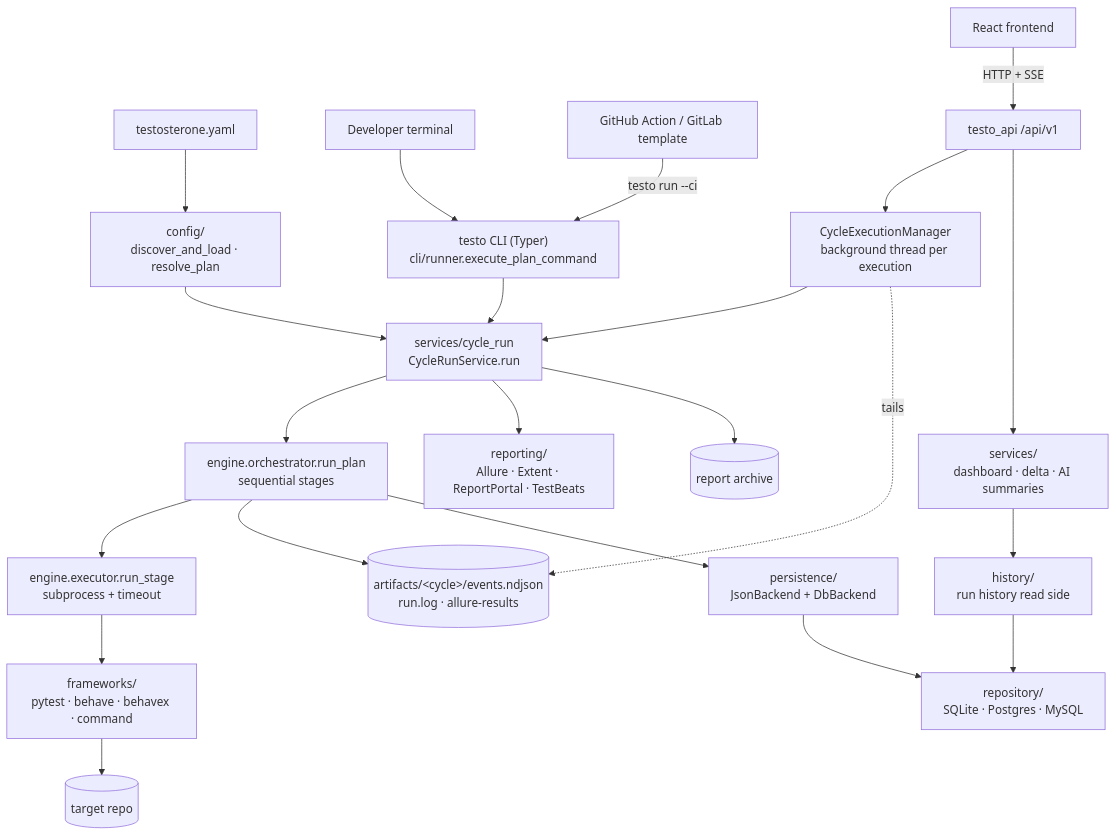
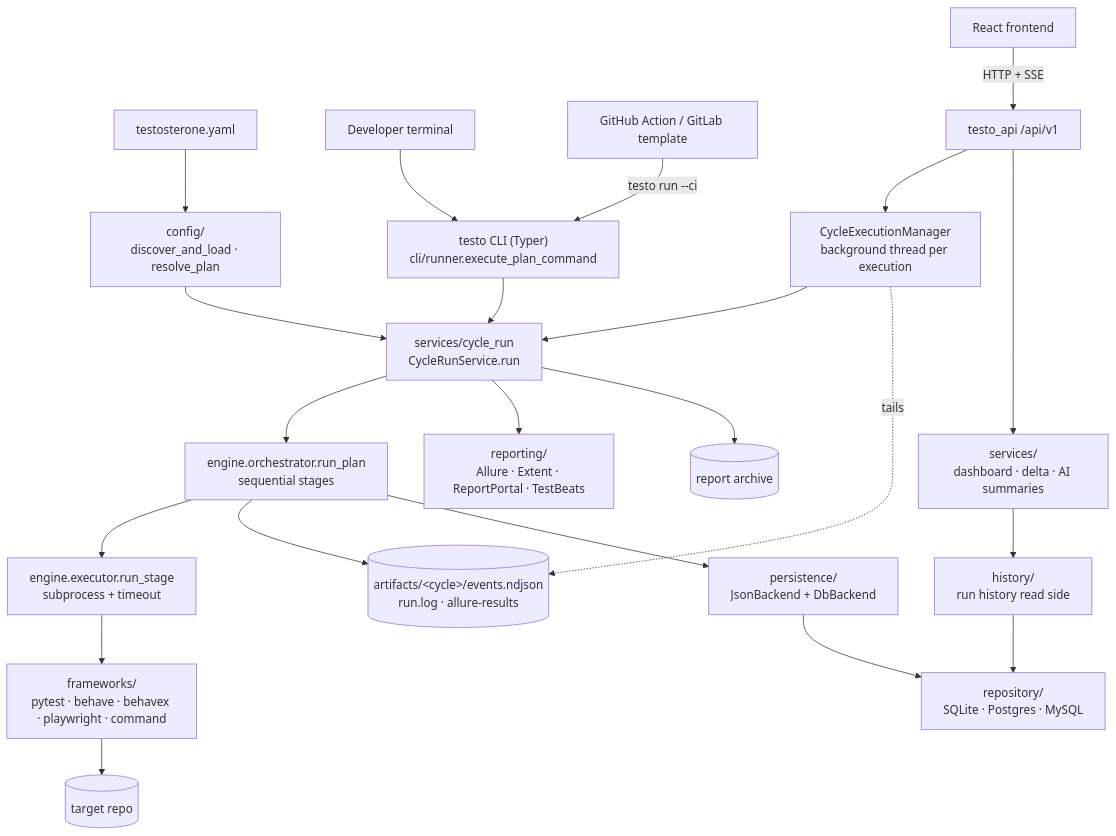
Before and after one commit to actions-marketplace-validations/arieleven_qasight: the diagram in docs/Architecture/Architecture Overview.md, drawn with Mermaid. The commit also changed other lines of this file and 21 other files, not shown here.

First line of the commit message:
feat(frameworks): add a playwright adapter (#118)

````diff
--- a/docs/Architecture/Architecture Overview.md
+++ b/docs/Architecture/Architecture Overview.md
@@ -18,28 +18,28 @@
 ```mermaid
 flowchart TD
     YAML[testosterone.yaml] --> CFG[config/<br/>discover_and_load · resolve_plan]
 
     TERM[Developer terminal] --> CLI["testo CLI (Typer)<br/>cli/runner.execute_plan_command"]
     CI[GitHub Action / GitLab template] -->|"testo run --ci"| CLI
     UI[React frontend] -->|HTTP + SSE| API["testo_api /api/v1"]
     API --> MGR[CycleExecutionManager<br/>background thread per execution]
 
     CLI --> SVC
     MGR --> SVC
     CFG --> SVC[services/cycle_run<br/>CycleRunService.run]
 
     SVC --> ENG[engine.orchestrator.run_plan<br/>sequential stages]
     ENG --> EXE[engine.executor.run_stage<br/>subprocess + timeout]
-    EXE --> FW[frameworks/<br/>pytest · behave · behavex · command]
+    EXE --> FW[frameworks/<br/>pytest · behave · behavex · playwright · command]
     FW --> TGT[(target repo)]
     ENG --> EV[(artifacts/&lt;cycle&gt;/events.ndjson<br/>run.log · allure-results)]
     ENG --> PER[persistence/<br/>JsonBackend + DbBackend]
     PER --> REPO[repository/<br/>SQLite · Postgres · MySQL]
     SVC --> REP[reporting/<br/>Allure · Extent · ReportPortal · TestBeats]
     SVC --> ARC[(report archive)]
     MGR -. tails .-> EV
 
     API --> INS[services/<br/>dashboard · delta · AI summaries]
     INS --> HIST[history/<br/>run history read side]
     HIST --> REPO
 ```
````
